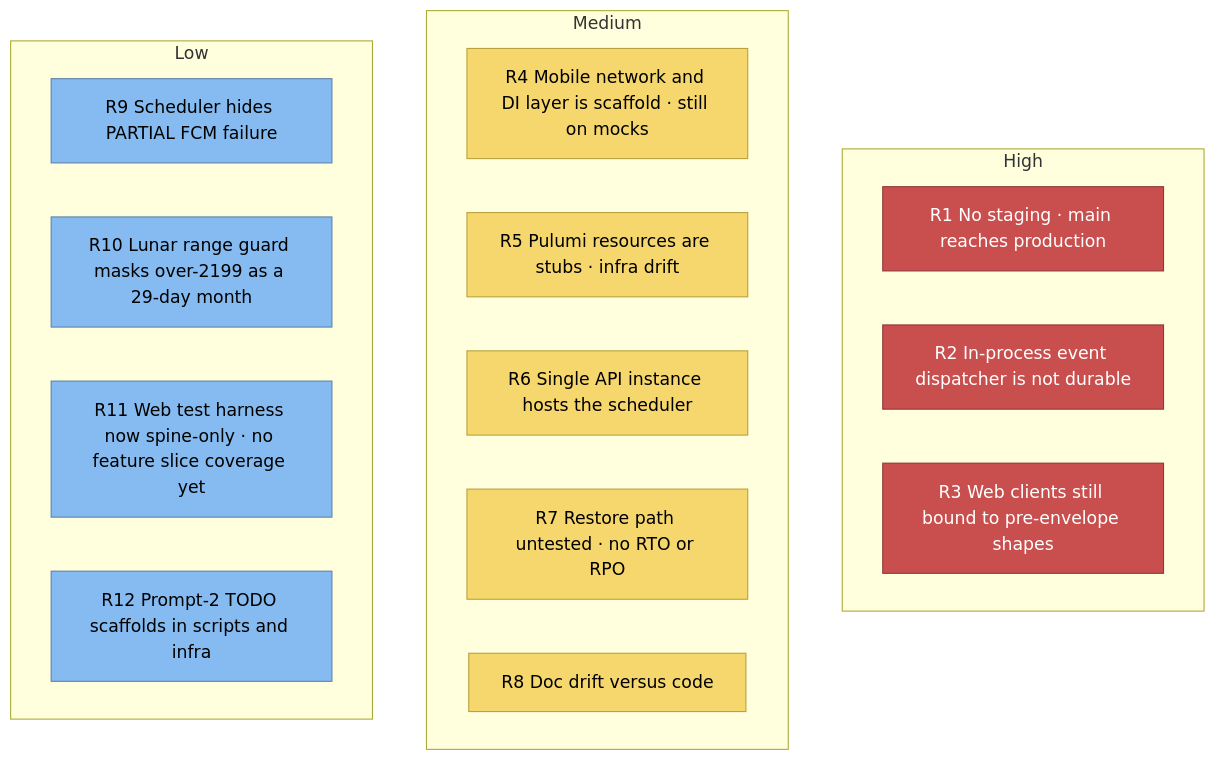
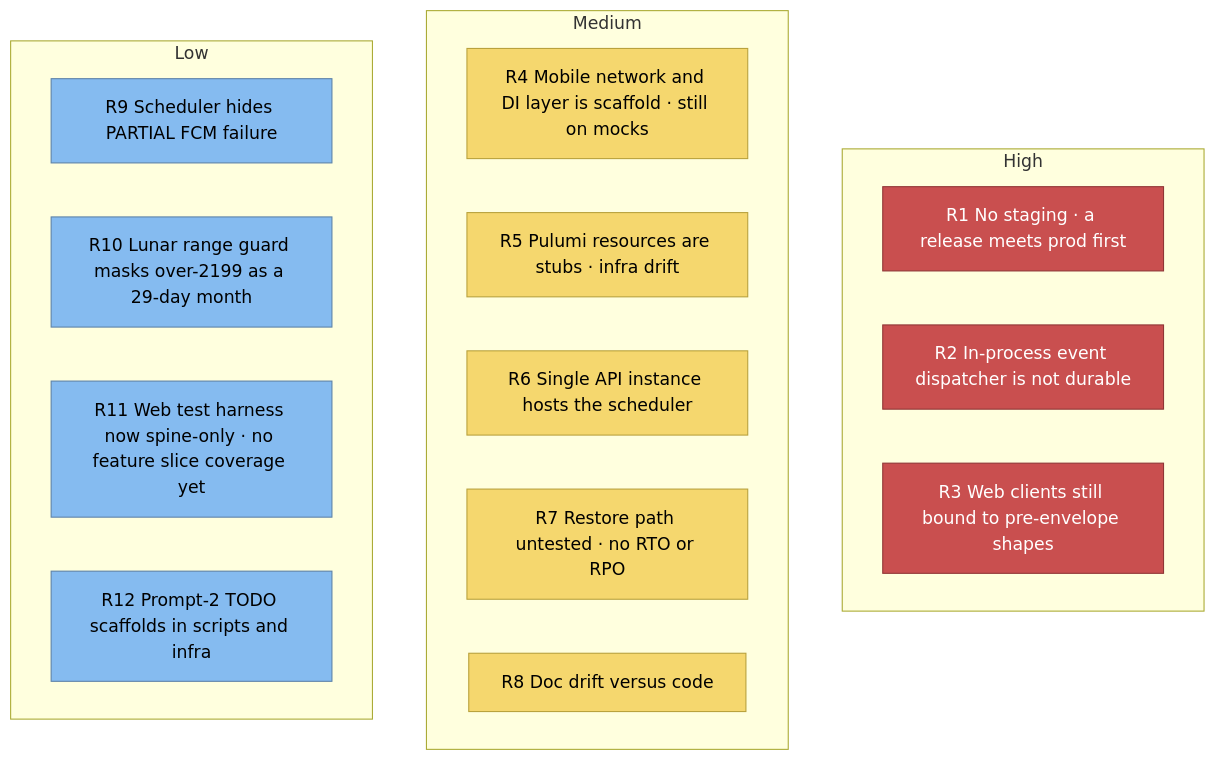
One commit to namphuongtran/familyroots changed the diagram in docs/sad/11-risks-and-technical-debt.md. Above: the diagram before and after it, drawn with Mermaid. The commit also changed other lines of this file and 13 other files, not shown here.

First line of the commit message:
ci: production deploys on a published release, not on every merge to main (#267)

````diff
--- a/docs/sad/11-risks-and-technical-debt.md
+++ b/docs/sad/11-risks-and-technical-debt.md
@@ -5,27 +5,27 @@
 ```mermaid
 graph TB
   subgraph high[High]
-    h1[R1 No staging · main reaches production]:::bad
+    h1[R1 No staging · a release meets prod first]:::bad
     h2[R2 In-process event dispatcher is not durable]:::bad
     h3[R3 Web clients still bound to pre-envelope shapes]:::bad
   end
 
   subgraph medium[Medium]
     m1[R4 Mobile network and DI layer is scaffold · still on mocks]:::dec
     m2[R5 Pulumi resources are stubs · infra drift]:::dec
     m3[R6 Single API instance hosts the scheduler]:::dec
     m4[R7 Restore path untested · no RTO or RPO]:::dec
     m5[R8 Doc drift versus code]:::dec
   end
 
   subgraph low[Low]
     l1[R9 Scheduler hides PARTIAL FCM failure]:::comp
     l2[R10 Lunar range guard masks over-2199 as a 29-day month]:::comp
     l3[R11 Web test harness now spine-only · no feature slice coverage yet]:::comp
     l4[R12 Prompt-2 TODO scaffolds in scripts and infra]:::comp
   end
 
   classDef comp fill:#85bbf0,stroke:#5d82a8,color:#000000
   classDef dec fill:#f5d76e,stroke:#b8a13c,color:#000000
   classDef bad fill:#c94f4f,stroke:#8f3636,color:#ffffff
 ```
````
